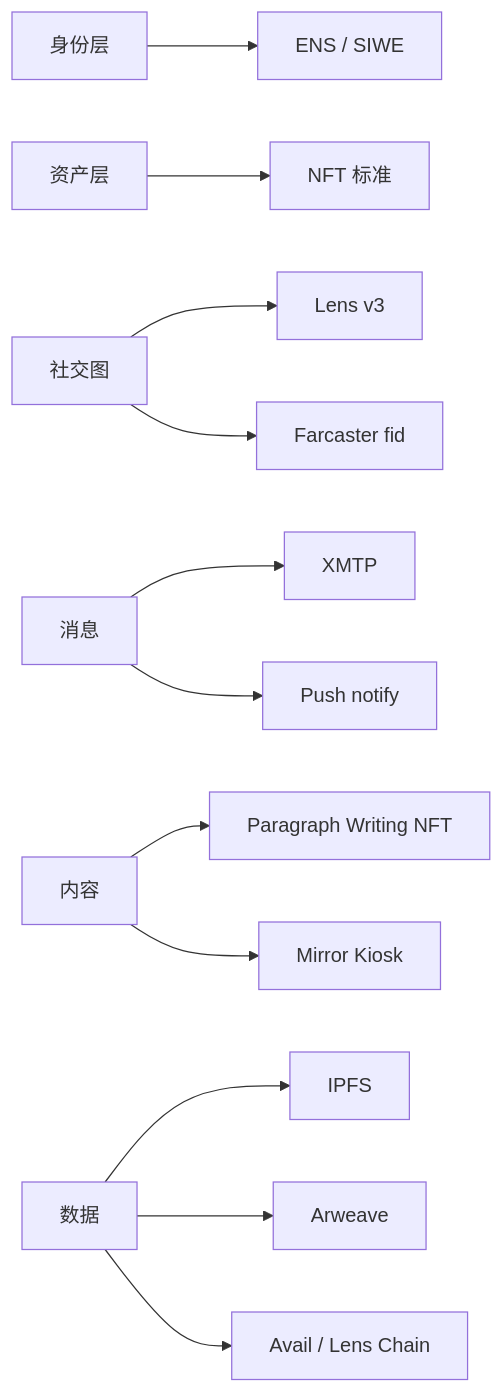
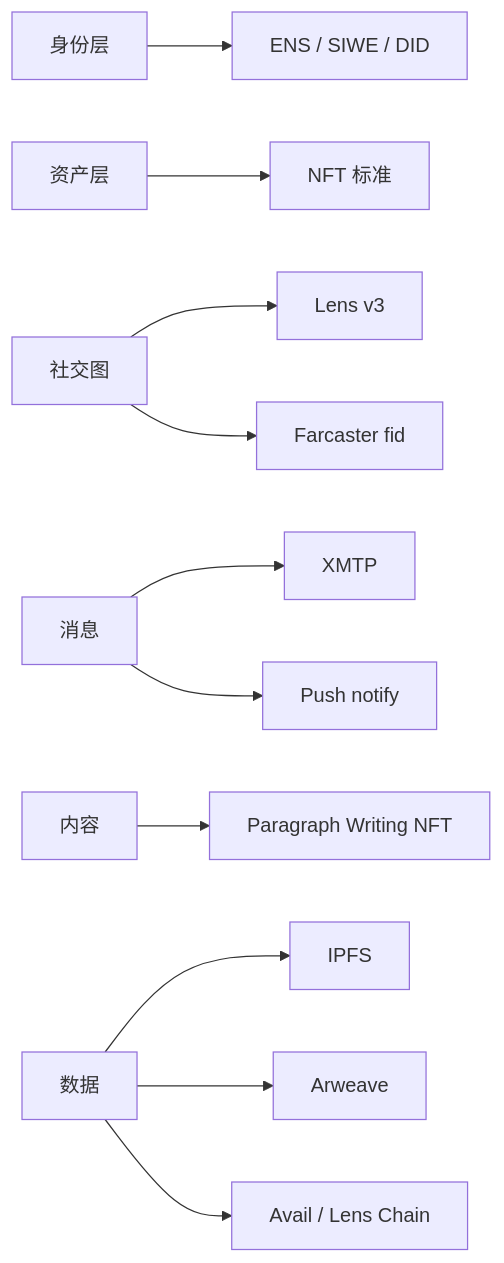
Before and after one commit to ChuwuYo/misc-files: the eighth of 8 diagrams in web3-engineer-guide/13-NFT身份与社交/README.md, drawn with Mermaid. The commit also changed other lines of this file and 690 other files, not shown here.

````diff
--- a/web3-engineer-guide/13-NFT身份与社交/README.md
+++ b/web3-engineer-guide/13-NFT身份与社交/README.md
@@ -2485,14 +2025,13 @@
 ```mermaid
 flowchart LR
-    A[身份层] --> A1[ENS / SIWE]
+    A[身份层] --> A1[ENS / SIWE / DID]
     B[资产层] --> B1[NFT 标准]
     C[社交图] --> C1[Lens v3]
     C --> C2[Farcaster fid]
     D[消息] --> D1[XMTP]
     D --> D2[Push notify]
     E[内容] --> E1[Paragraph Writing NFT]
-    E --> E2[Mirror Kiosk]
     F[数据] --> F1[IPFS]
     F --> F2[Arweave]
     F --> F3[Avail / Lens Chain]
 ```
````
